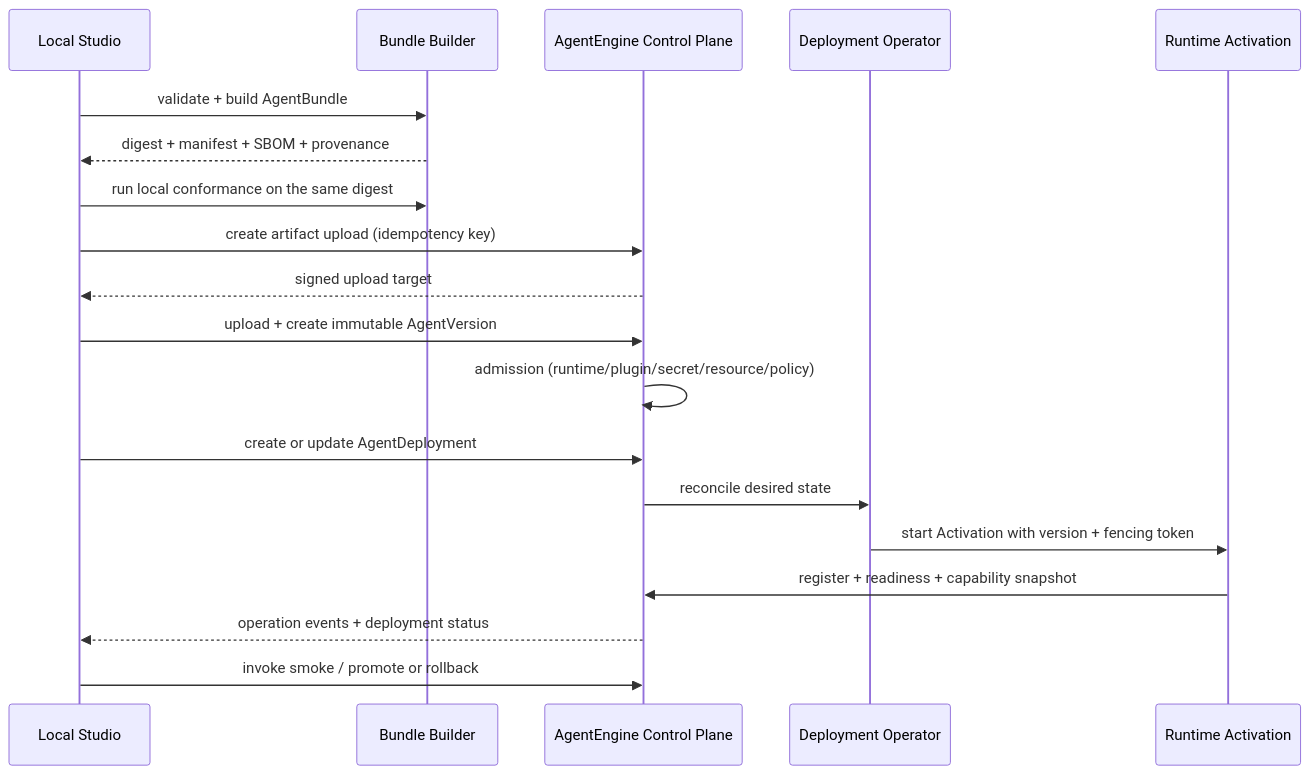
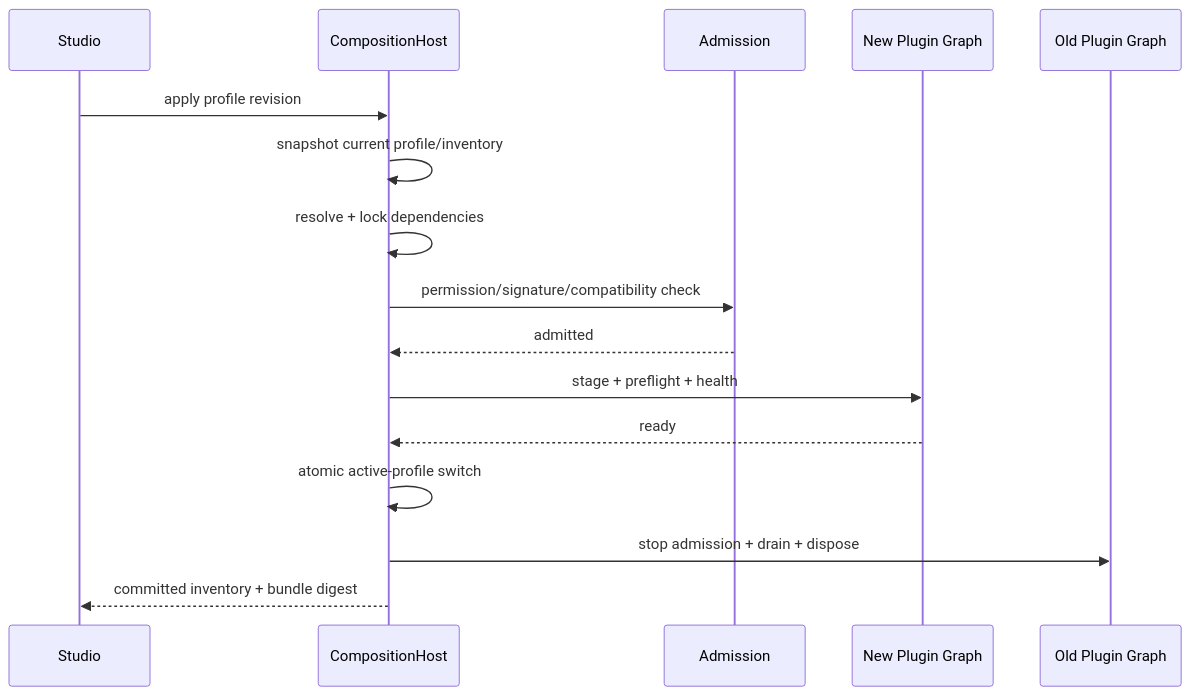
One commit to kingsoftcloud/ksadk-python changed the second of 2 diagrams in docs/superpowers/specs/2026-08-17-agent-runtime-v2-plugin-architecture-design.md. Above: the diagram before and after it, drawn with Mermaid. The commit also changed other lines of this file and 333 other files, not shown here.

First line of the commit message:
feat(runtime-v2): deliver Phase 2 plugin and automation foundation

````diff
--- a/docs/superpowers/specs/2026-08-17-agent-runtime-v2-plugin-architecture-design.md
+++ b/docs/superpowers/specs/2026-08-17-agent-runtime-v2-plugin-architecture-design.md
@@ -488,22 +653,19 @@
 ```mermaid
 sequenceDiagram
-    participant S as Local Studio
-    participant B as Bundle Builder
-    participant C as AgentEngine Control Plane
-    participant O as Deployment Operator
-    participant R as Runtime Activation
+    participant U as Studio
+    participant H as CompositionHost
+    participant A as Admission
+    participant N as New Plugin Graph
+    participant O as Old Plugin Graph
 
-    S->>B: validate + build AgentBundle
-    B-->>S: digest + manifest + SBOM + provenance
-    S->>B: run local conformance on the same digest
-    S->>C: create artifact upload (idempotency key)
-    C-->>S: signed upload target
-    S->>C: upload + create immutable AgentVersion
-    C->>C: admission (runtime/plugin/secret/resource/policy)
-    S->>C: create or update AgentDeployment
-    C->>O: reconcile desired state
-    O->>R: start Activation with version + fencing token
-    R->>C: register + readiness + capability snapshot
-    C-->>S: operation events + deployment status
-    S->>C: invoke smoke / promote or rollback
+    U->>H: apply profile revision
+    H->>H: snapshot current profile/inventory
+    H->>H: resolve + lock dependencies
+    H->>A: permission/signature/compatibility check
+    A-->>H: admitted
+    H->>N: stage + preflight + health
+    N-->>H: ready
+    H->>H: atomic active-profile switch
+    H->>O: stop admission + drain + dispose
+    H-->>U: committed inventory + bundle digest
 ```
````
